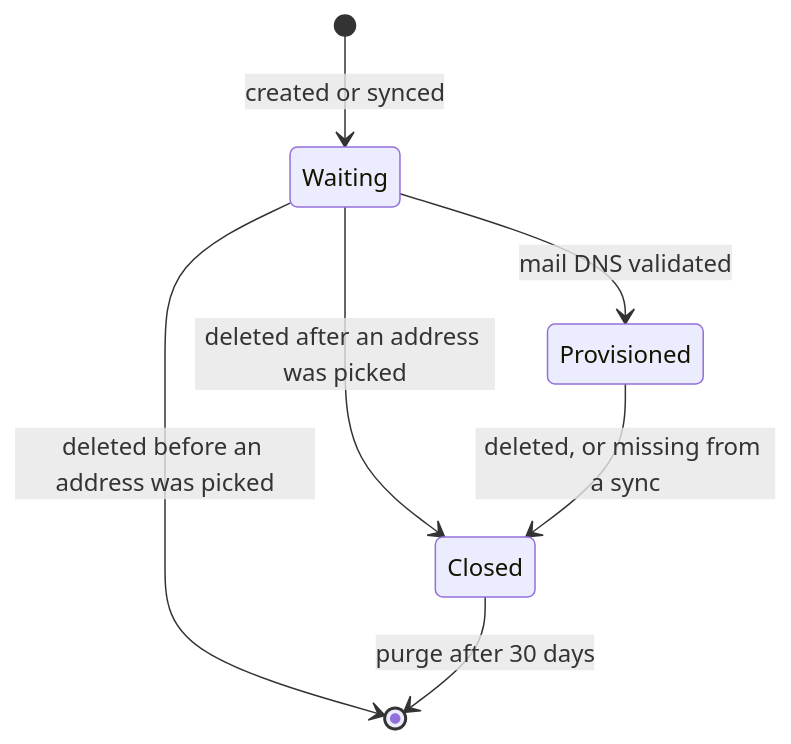
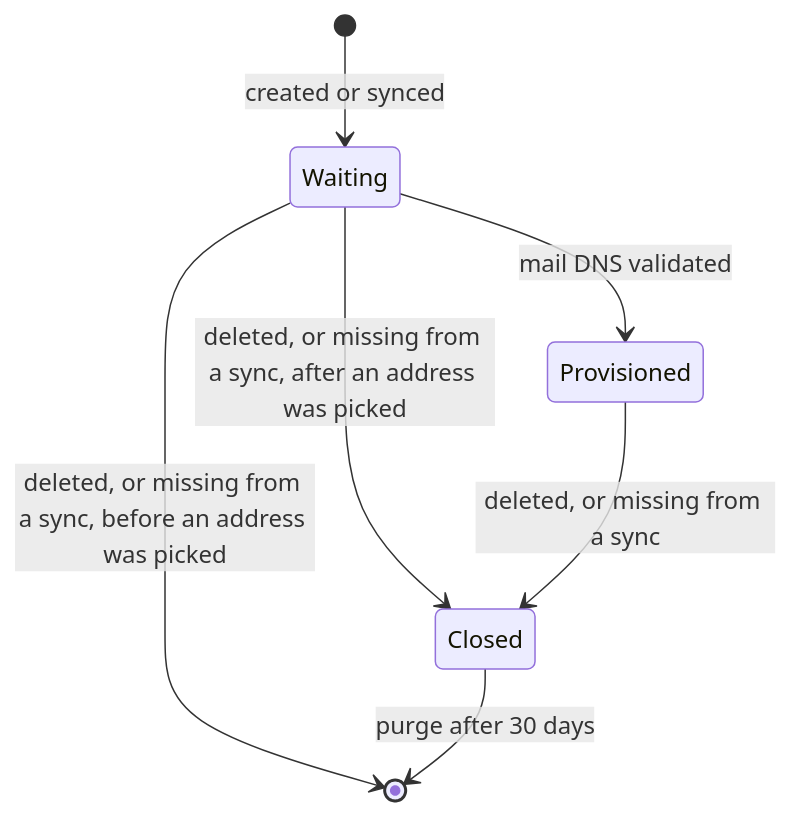
One commit to linagora/twake-mail-side-service changed the second of 2 diagrams in docs/data-model.md. Above: the diagram before and after it, drawn with Mermaid. The commit also changed other lines of this file and 3 other files, not shown here.

Commit message:
docs: what repairs a dead letter, one context diagram

````diff
--- a/docs/data-model.md
+++ b/docs/data-model.md
@@ -56,9 +56,9 @@
 ```mermaid
 stateDiagram-v2
   [*] --> Waiting: created or synced
   Waiting --> Provisioned: mail DNS validated
-  Waiting --> [*]: deleted before an address was picked
-  Waiting --> Closed: deleted after an address was picked
+  Waiting --> [*]: deleted, or missing from a sync, before an address was picked
+  Waiting --> Closed: deleted, or missing from a sync, after an address was picked
   Provisioned --> Closed: deleted, or missing from a sync
   Closed --> [*]: purge after 30 days
 ```
````
